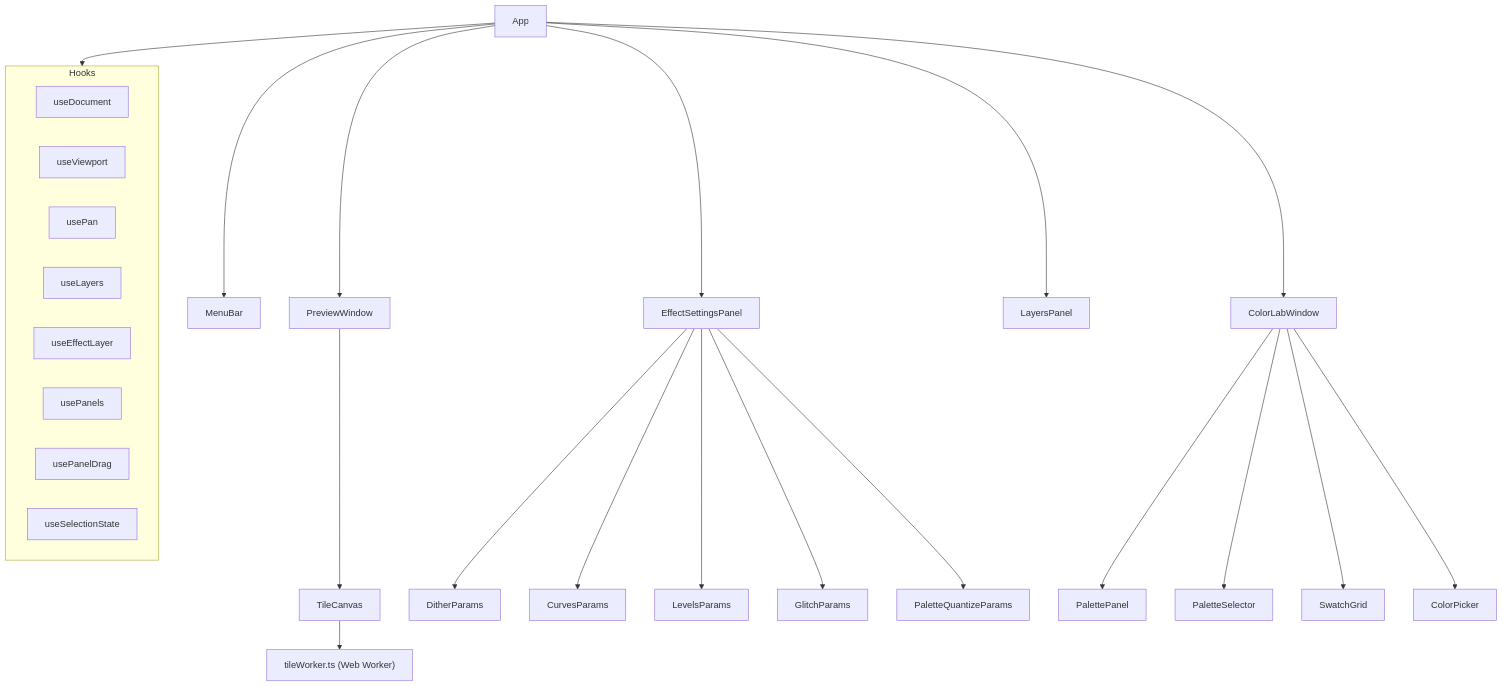
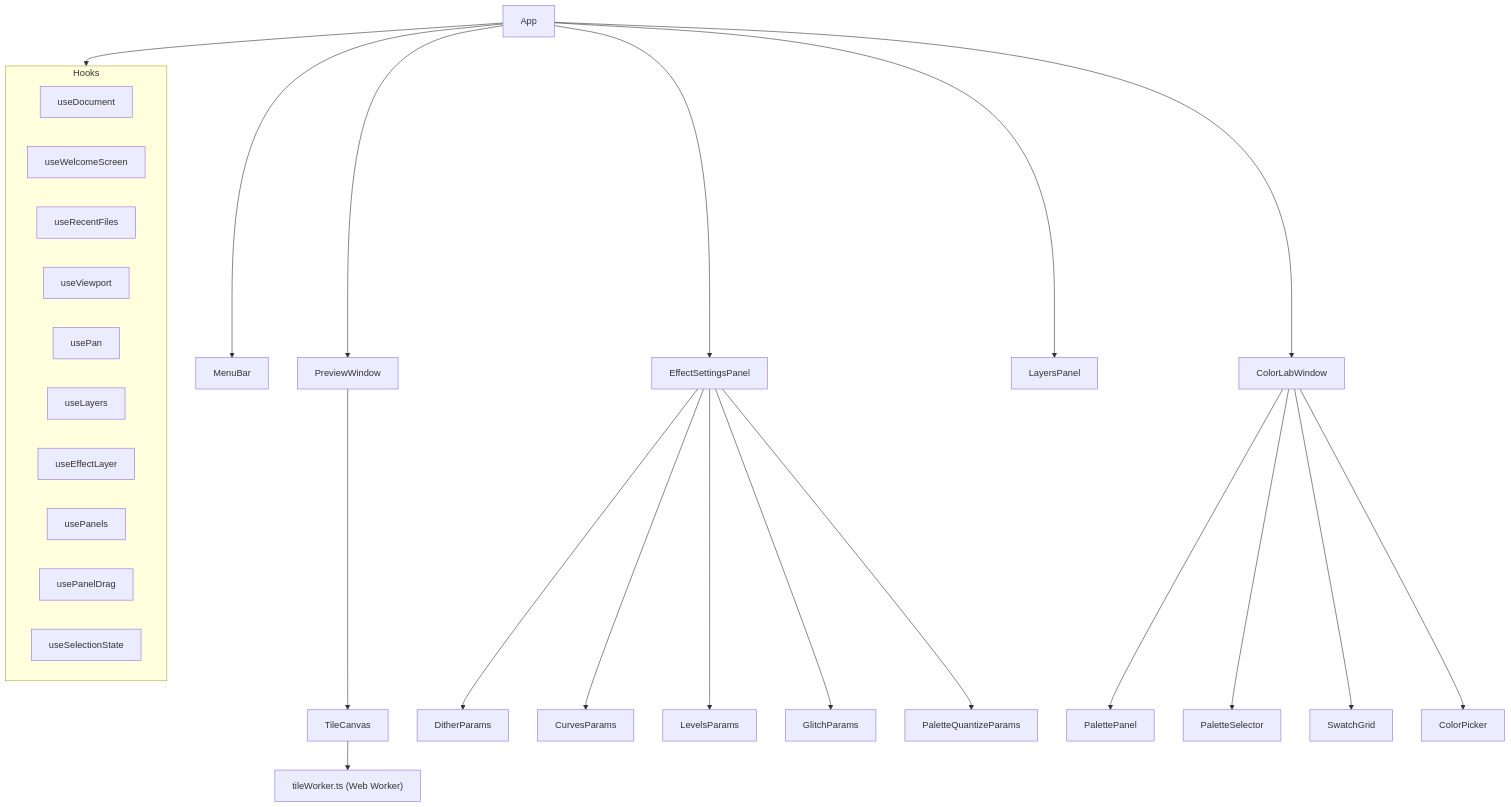
One commit to edrdavid1/dith-yuki changed the fifth of 10 diagrams in ARCHITECTURE.md. Above: the diagram before and after it, drawn with Mermaid. The commit also changed other lines of this file and 127 other files, not shown here.

````diff
--- a/ARCHITECTURE.md
+++ b/ARCHITECTURE.md
@@ -1028,35 +1081,37 @@
 ```mermaid
 graph TD
     App --> MenuBar
     App --> PreviewWindow
     App --> EffectSettingsPanel
     App --> LayersPanel
     App --> ColorLabWindow
 
     PreviewWindow --> TileCanvas
     TileCanvas --> tileWorker["tileWorker.ts (Web Worker)"]
 
     EffectSettingsPanel --> DitherParams
     EffectSettingsPanel --> CurvesParams
     EffectSettingsPanel --> LevelsParams
     EffectSettingsPanel --> GlitchParams
     EffectSettingsPanel --> PaletteQuantizeParams
 
     ColorLabWindow --> PalettePanel
     ColorLabWindow --> PaletteSelector
     ColorLabWindow --> SwatchGrid
     ColorLabWindow --> ColorPicker
 
     subgraph Hooks
         useDocument
+        useWelcomeScreen
+        useRecentFiles
         useViewport
         usePan
         useLayers
         useEffectLayer
         usePanels
         usePanelDrag
         useSelectionState
     end
 
     App --> Hooks
 ```
````
